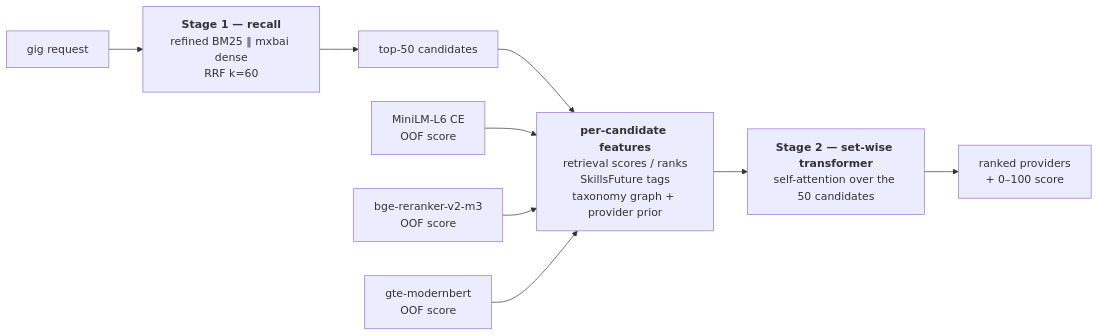
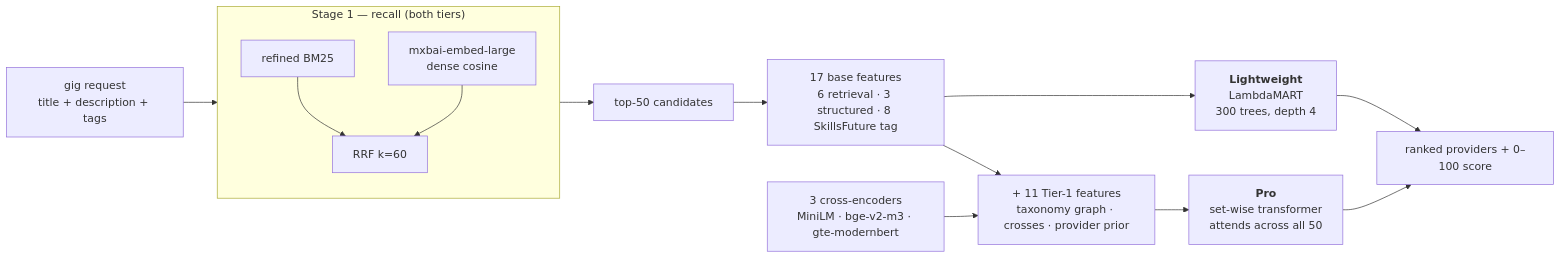
Before and after one commit to harvestingmoon/ranker: the diagram in README.md, drawn with Mermaid. The commit also changed other lines of this file and 64 other files, not shown here.

````diff
--- a/README.md
+++ b/README.md
@@ -14,11 +27,20 @@
 ```mermaid
 flowchart LR
-    G["gig request"] --> S1["<b>Stage 1 — recall</b><br/>refined BM25 ‖ mxbai dense<br/>RRF k=60"]
+    G["gig request<br/>title + description + tags"] --> S1
+    subgraph S1["Stage 1 — recall (both tiers)"]
+        direction TB
+        B["refined BM25"] --> RRF["RRF k=60"]
+        D["mxbai-embed-large<br/>dense cosine"] --> RRF
+    end
     S1 --> P["top-50 candidates"]
-    P --> F["<b>per-candidate features</b><br/>retrieval scores / ranks<br/>SkillsFuture tags<br/>taxonomy graph + provider prior"]
-    CE1["MiniLM-L6 CE<br/>OOF score"] --> F
-    CE2["bge-reranker-v2-m3<br/>OOF score"] --> F
-    CE3["gte-modernbert<br/>OOF score"] --> F
-    F --> M["<b>Stage 2 — set-wise transformer</b><br/>self-attention over the 50 candidates"]
-    M --> R["ranked providers<br/>+ 0–100 score"]
+    P --> F["17 base features<br/>6 retrieval · 3 structured · 8 SkillsFuture tag"]
+
+    F --> L["<b>Lightweight</b><br/>LambdaMART<br/>300 trees, depth 4"]
+
+    F --> X["+ 11 Tier-1 features<br/>taxonomy graph · crosses · provider prior"]
+    CE["3 cross-encoders<br/>MiniLM · bge-v2-m3 · gte-modernbert"] --> X
+    X --> T["<b>Pro</b><br/>set-wise transformer<br/>attends across all 50"]
+
+    L --> R["ranked providers + 0–100 score"]
+    T --> R
 ```
````
